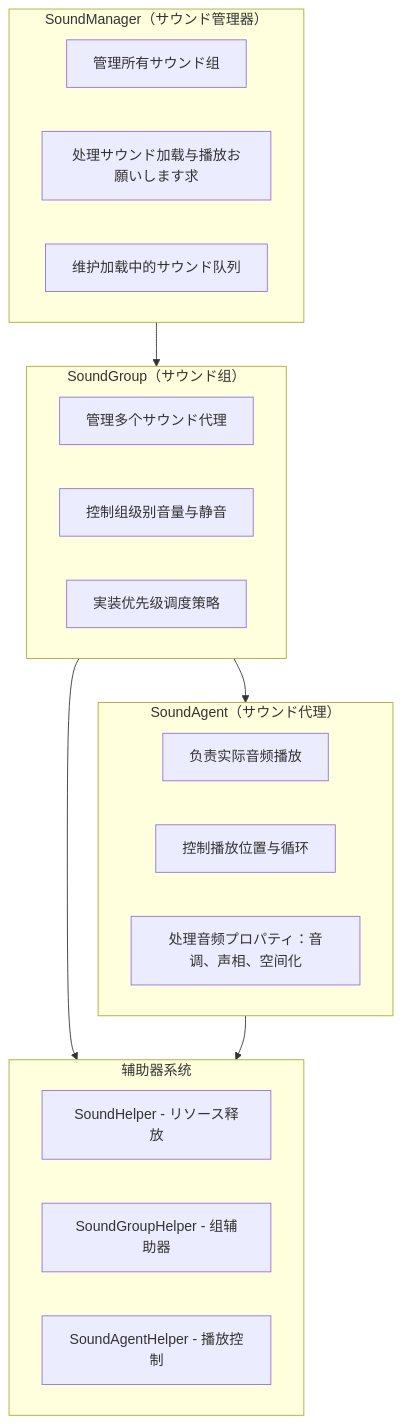
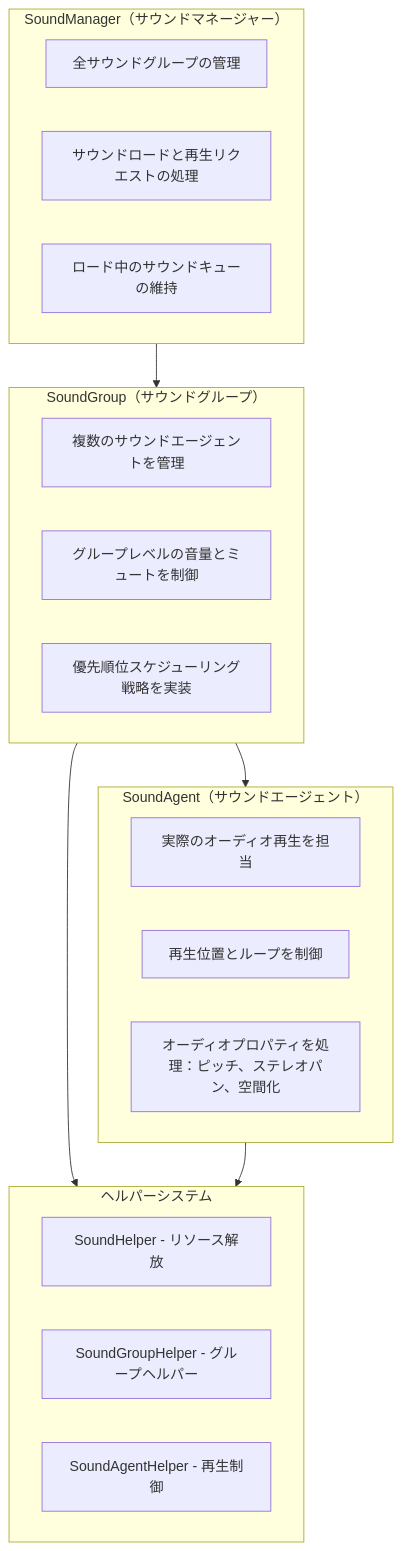
Before and after one commit to AlianBlank/GameFrameX.Docs: the first of 4 diagrams in docs/ja/client/unity/component/sound/01.overview.md, drawn with Mermaid. The commit also changed other lines of this file and 320 other files, not shown here.

````diff
--- a/docs/ja/client/unity/component/sound/01.overview.md
+++ b/docs/ja/client/unity/component/sound/01.overview.md
@@ -9,31 +9,31 @@
 ```mermaid
 flowchart TB
-    subgraph SoundManager["SoundManager（サウンド管理器）"]
-        M1["管理所有サウンド组"]
-        M2["处理サウンド加载与播放お願いします求"]
-        M3["维护加载中的サウンド队列"]
+    subgraph SoundManager["SoundManager（サウンドマネージャー）"]
+        M1["全サウンドグループの管理"]
+        M2["サウンドロードと再生リクエストの処理"]
+        M3["ロード中のサウンドキューの維持"]
     end
 
-    subgraph SoundGroup["SoundGroup（サウンド组）"]
-        G1["管理多个サウンド代理"]
-        G2["控制组级别音量与静音"]
-        G3["実装优先级调度策略"]
+    subgraph SoundGroup["SoundGroup（サウンドグループ）"]
+        G1["複数のサウンドエージェントを管理"]
+        G2["グループレベルの音量とミュートを制御"]
+        G3["優先順位スケジューリング戦略を実装"]
     end
 
-    subgraph SoundAgent["SoundAgent（サウンド代理）"]
-        A1["负责实际音频播放"]
-        A2["控制播放位置与循环"]
-        A3["处理音频プロパティ：音调、声相、空间化"]
+    subgraph SoundAgent["SoundAgent（サウンドエージェント）"]
+        A1["実際のオーディオ再生を担当"]
+        A2["再生位置とループを制御"]
+        A3["オーディオプロパティを処理：ピッチ、ステレオパン、空間化"]
     end
 
-    subgraph Helper["辅助器系统"]
-        H1["SoundHelper - リソース释放"]
-        H2["SoundGroupHelper - 组辅助器"]
-        H3["SoundAgentHelper - 播放控制"]
+    subgraph Helper["ヘルパーシステム"]
+        H1["SoundHelper - リソース解放"]
+        H2["SoundGroupHelper - グループヘルパー"]
+        H3["SoundAgentHelper - 再生制御"]
     end
 
     SoundManager --> SoundGroup
     SoundGroup --> SoundAgent
     SoundGroup --> Helper
     SoundAgent --> Helper
 ```
````
